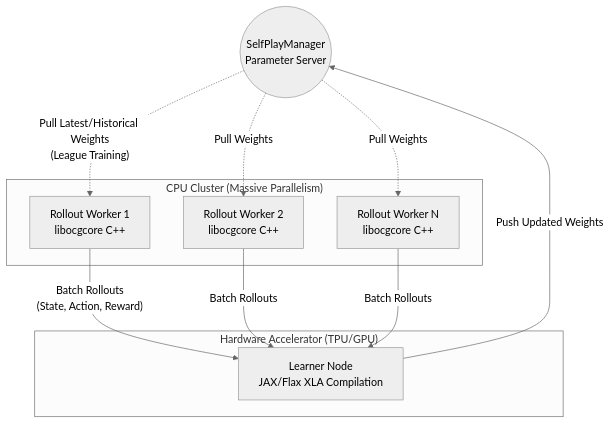
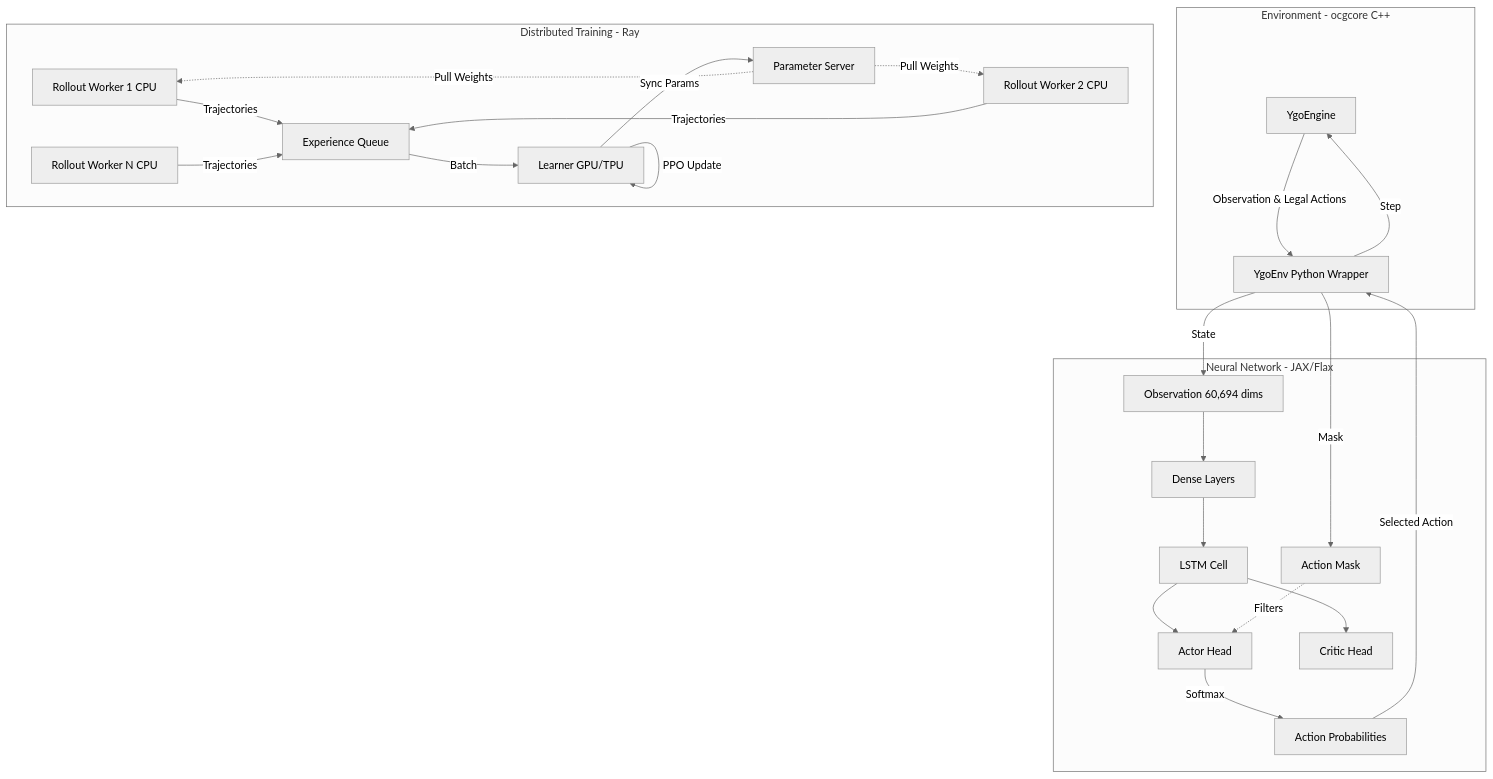
Before and after one commit to Kevzi/YGO-BOT: the diagram in README.md, drawn with Mermaid (neutral theme). The commit also changed other lines of this file and 9 other files, not shown here.

Commit message:
feat(RL): implement pure JAX Action Masking for PPO Agent

````diff
--- a/README.md
+++ b/README.md
@@ -30,24 +24,33 @@
 ```mermaid
 graph TD
-    PS((SelfPlayManager<br/>Parameter Server))
-    
-    subgraph "CPU Cluster (Massive Parallelism)"
-        W1[Rollout Worker 1<br/>libocgcore C++]
-        W2[Rollout Worker 2<br/>libocgcore C++]
-        W3[Rollout Worker N<br/>libocgcore C++]
+    subgraph Env [Environment - ocgcore C++]
+        E[YgoEngine] -->|Observation & Legal Actions| W[YgoEnv Python Wrapper]
+        W -->|Step| E
+    end
+
+    subgraph Agent [Neural Network - JAX/Flax]
+        O[Observation 60,694 dims] --> L1[Dense Layers]
+        L1 --> LSTM[LSTM Cell]
+        LSTM --> A[Actor Head]
+        LSTM --> C[Critic Head]
+        
+        M[Action Mask] -.->|Filters| A
+        A -->|Softmax| P[Action Probabilities]
+    end
+
+    subgraph Cluster [Distributed Training - Ray]
+        RW1[Rollout Worker 1 CPU] -->|Trajectories| Q[Experience Queue]
+        RW2[Rollout Worker 2 CPU] -->|Trajectories| Q
+        RWn[Rollout Worker N CPU] -->|Trajectories| Q
+        
+        Q -->|Batch| L[Learner GPU/TPU]
+        L -->|PPO Update| L
+        L -->|Sync Params| PS[Parameter Server]
+        PS -.->|Pull Weights| RW1
+        PS -.->|Pull Weights| RW2
     end
     
-    subgraph "Hardware Accelerator (TPU/GPU)"
-        L[Learner Node<br/>JAX/Flax XLA Compilation]
-    end
-    
-    PS -. "Pull Latest/Historical Weights<br/>(League Training)" .-> W1
-    PS -. "Pull Weights" .-> W2
-    PS -. "Pull Weights" .-> W3
-    
-    W1 -- "Batch Rollouts<br/>(State, Action, Reward)" --> L
-    W2 -- "Batch Rollouts" --> L
-    W3 -- "Batch Rollouts" --> L
-    
-    L -- "Push Updated Weights" --> PS
+    W -->|State| O
+    W -->|Mask| M
+    P -->|Selected Action| W
 ```
````
